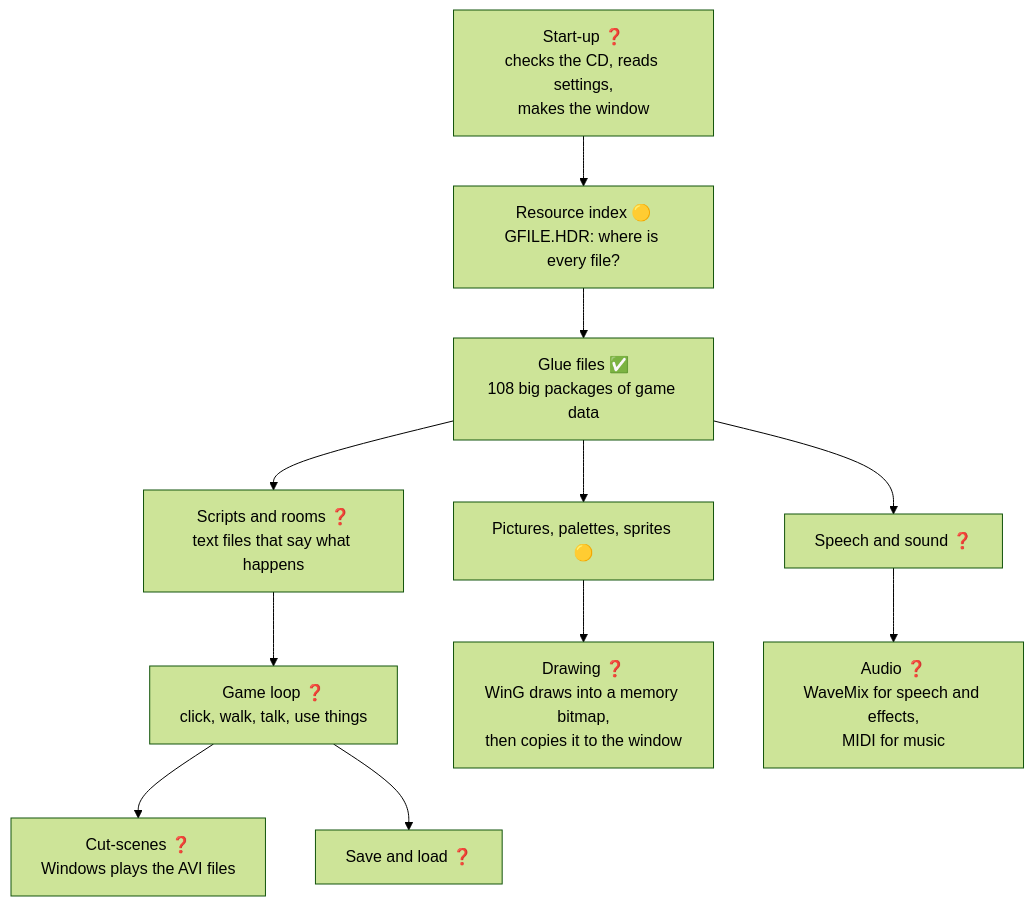
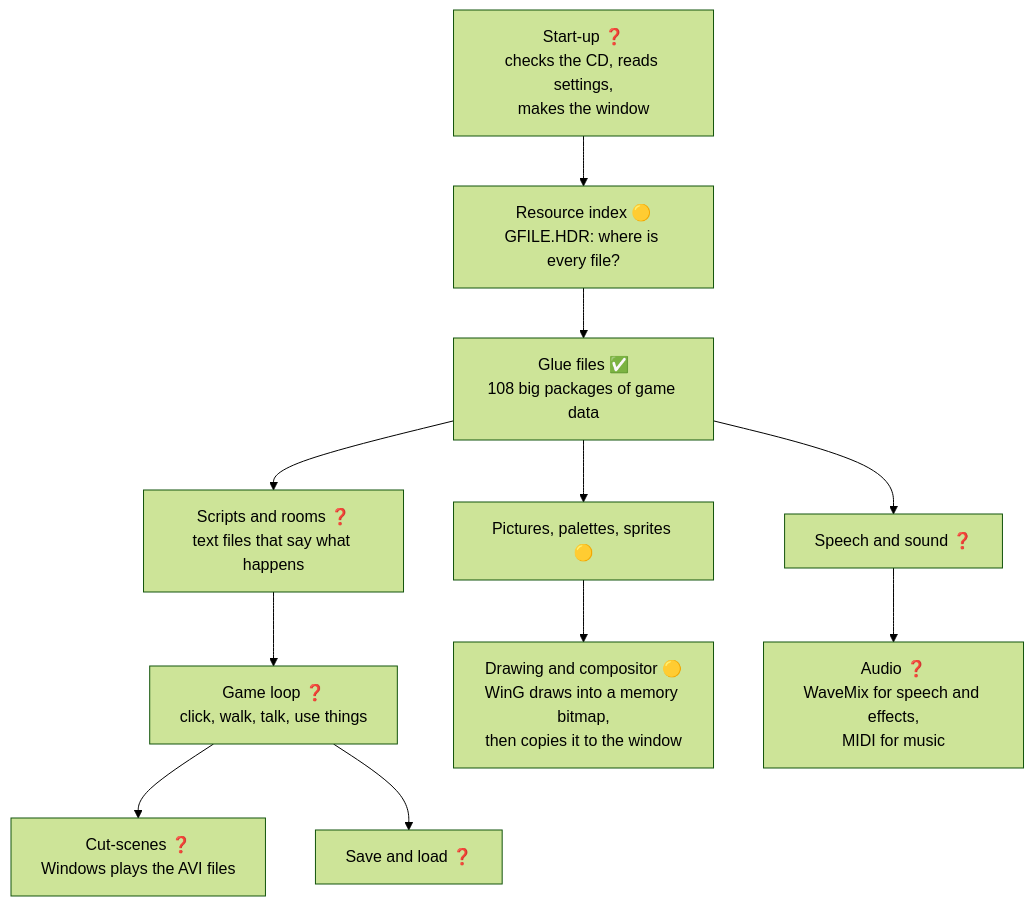
Before and after one commit to kelmer44/ds2-stuff: the diagram in re/SUBSYSTEMS.md, drawn with Mermaid (forest theme). The commit also changed other lines of this file and 18 other files, not shown here.

````diff
--- a/re/SUBSYSTEMS.md
+++ b/re/SUBSYSTEMS.md
@@ -27,13 +27,13 @@
 ```mermaid
 flowchart TD
     Start["Start-up ❓<br/>checks the CD, reads settings,<br/>makes the window"] --> Index["Resource index 🟡<br/>GFILE.HDR: where is every file?"]
     Index --> Glue["Glue files ✅<br/>108 big packages of game data"]
     Glue --> Scripts["Scripts and rooms ❓<br/>text files that say what happens"]
     Glue --> Pics["Pictures, palettes, sprites 🟡"]
     Glue --> Speech["Speech and sound ❓"]
     Scripts --> Game["Game loop ❓<br/>click, walk, talk, use things"]
-    Pics --> Screen["Drawing ❓<br/>WinG draws into a memory bitmap,<br/>then copies it to the window"]
+    Pics --> Screen["Drawing and compositor 🟡<br/>WinG draws into a memory bitmap,<br/>then copies it to the window"]
     Speech --> Audio["Audio ❓<br/>WaveMix for speech and effects,<br/>MIDI for music"]
     Game --> Video["Cut-scenes ❓<br/>Windows plays the AVI files"]
     Game --> Saves["Save and load ❓"]
 ```
````
